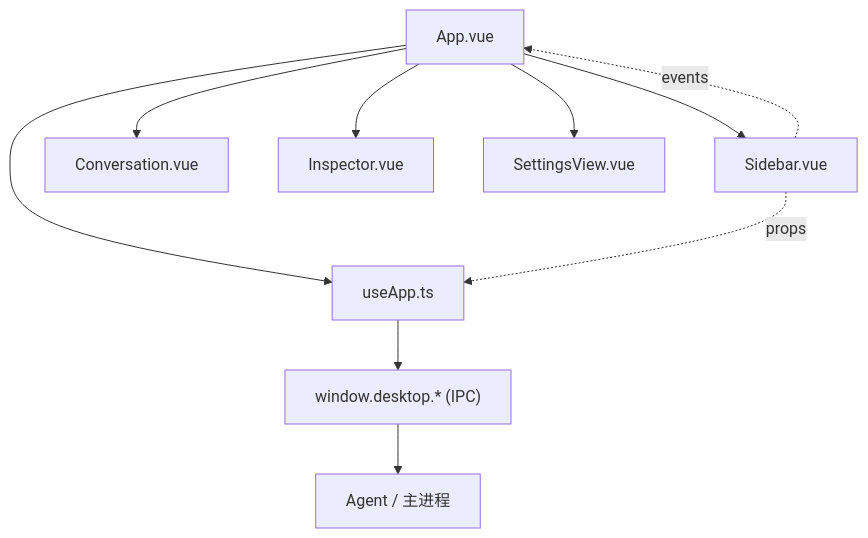
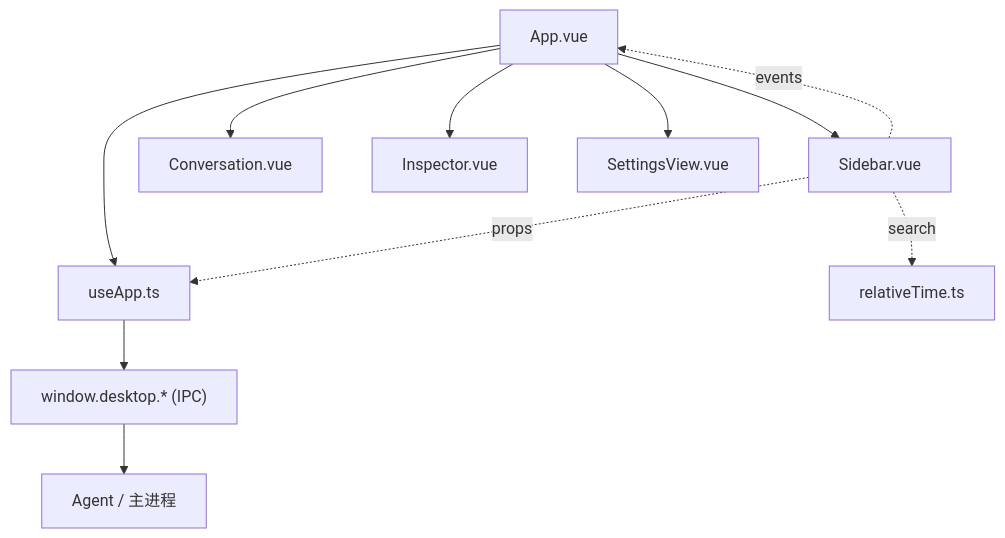
Before and after one commit to dyx-9163/ai-aifar: the first of 6 diagrams in .qoder/repowiki/zh/content/用户界面/侧边栏导航组件.md, drawn with Mermaid. The commit also changed other lines of this file and 10 other files, not shown here.

````diff
--- a/.qoder/repowiki/zh/content/用户界面/侧边栏导航组件.md
+++ b/.qoder/repowiki/zh/content/用户界面/侧边栏导航组件.md
@@ -35,12 +46,13 @@
 ```mermaid
 graph TB
 A["App.vue"] --> B["Sidebar.vue"]
 A --> C["Conversation.vue"]
 A --> D["Inspector.vue"]
 A --> E["SettingsView.vue"]
 A --> F["useApp.ts"]
 F --> G["window.desktop.* (IPC)"]
 G --> H["Agent / 主进程"]
 B -.->|props| F
 B -.->|events| A
+B -.->|search| I["relativeTime.ts"]
 ```
````
